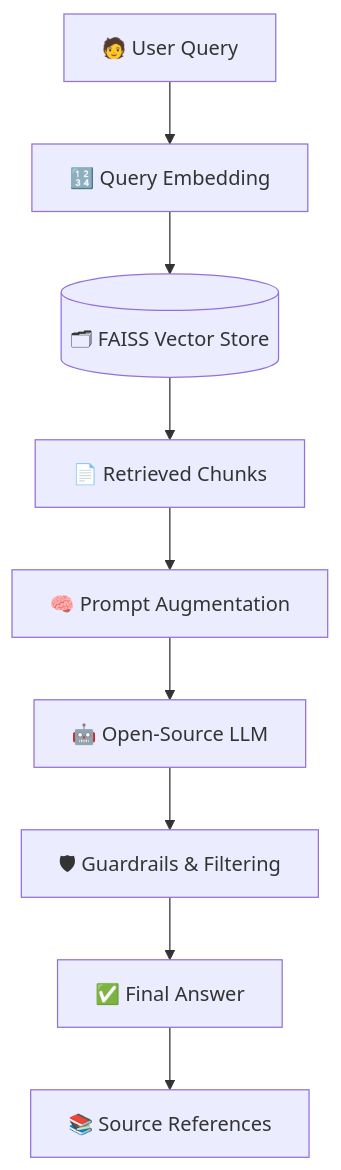
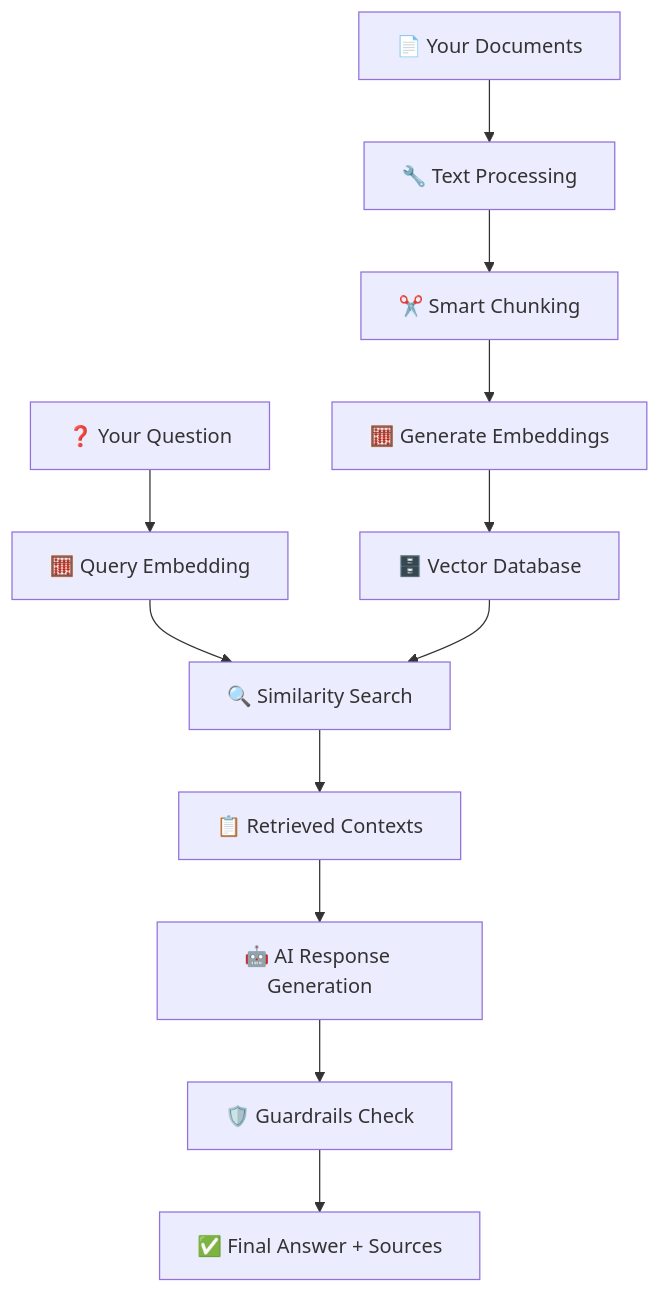
Before and after one commit to Aayushhh07/RAGnosis: the diagram in README.md, drawn with Mermaid.

Commit message:
Update architecture diagram in README
Refactor architecture diagram to streamline flow.

````diff
--- a/README.md
+++ b/README.md
@@ -134,20 +134,15 @@
 ```mermaid
 flowchart TD
-    %% USER INTERACTION
-    U[🧑 User Query] --> QE[🔢 Query Embedding]
+    A[📄 Your Documents] --> B[🔧 Text Processing]
+    B --> C[✂️ Smart Chunking]
+    C --> D[🧮 Generate Embeddings]
+    D --> E[🗄️ Vector Database]
 
-    %% VECTOR SEARCH
-    QE --> VS[(🗂 FAISS Vector Store)]
-    VS --> RC[📄 Retrieved Chunks]
-
-    %% PROMPTING
-    RC --> PA[🧠 Prompt Augmentation]
-
-    %% LLM
-    PA --> LLM[🤖 Open-Source LLM]
-    LLM --> GR[🛡 Guardrails & Filtering]
-
-    %% OUTPUT
-    GR --> A[✅ Final Answer]
-    A --> S[📚 Source References]
+    F[❓ Your Question] --> G[🧮 Query Embedding]
+    G --> H[🔍 Similarity Search]
+    E --> H
+    H --> I[📋 Retrieved Contexts]
+    I --> J[🤖 AI Response Generation]
+    J --> K[🛡️ Guardrails Check]
+    K --> L[✅ Final Answer + Sources]
 ```
````
